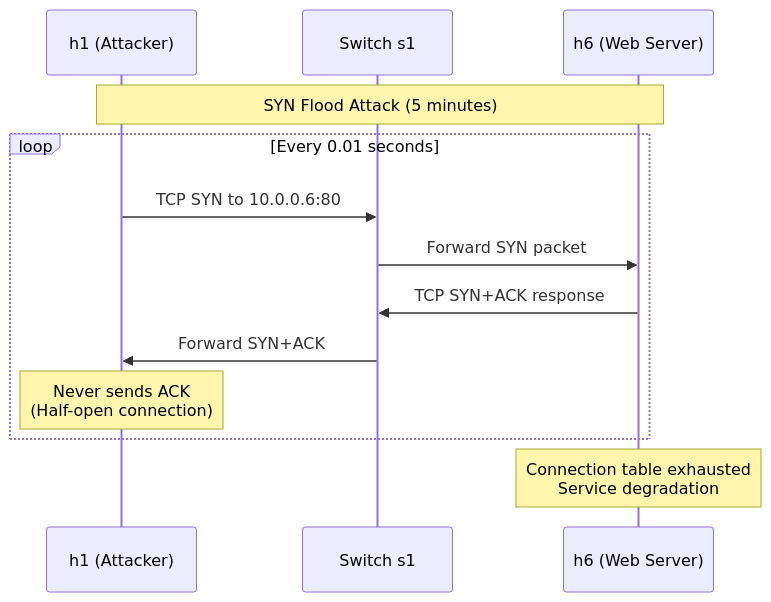
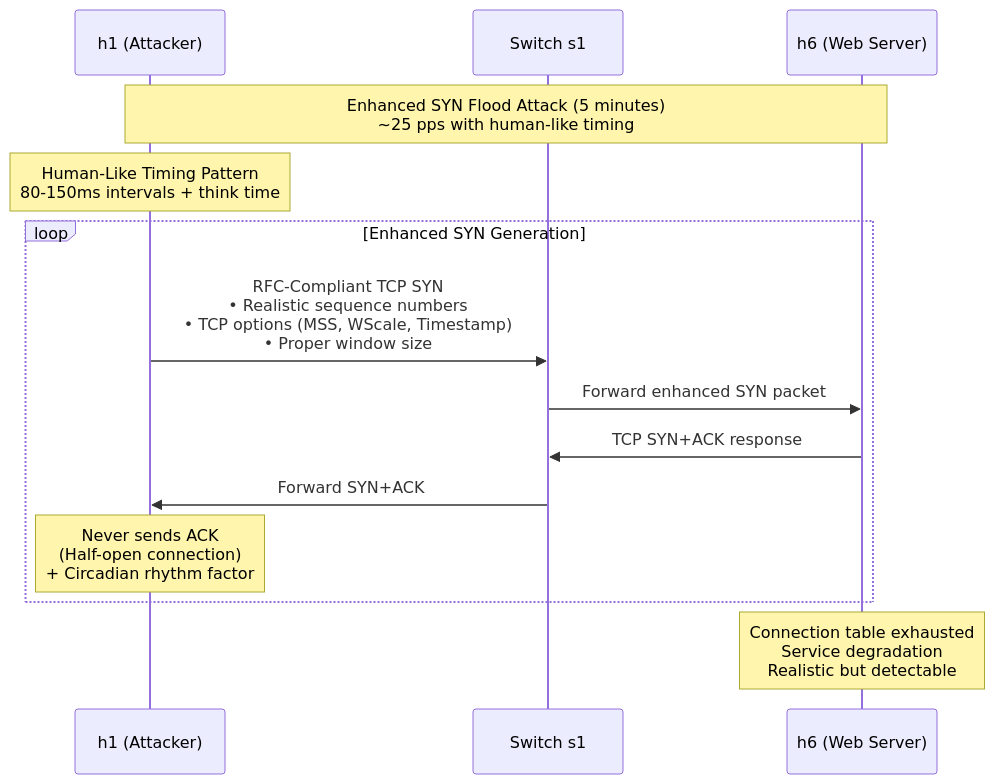
The fifth of 21 diagrams in docs/scenario.md (nqmn/adddosdn), drawn with Mermaid before and after one commit. The commit also changed other lines of this file, not shown here.

````diff
--- a/docs/scenario.md
+++ b/docs/scenario.md
@@ -105,18 +137,20 @@
 ```mermaid
 sequenceDiagram
     participant h1 as h1 (Attacker)
     participant s1 as Switch s1
     participant h6 as h6 (Web Server)
     
-    Note over h1,h6: SYN Flood Attack (5 minutes)
+    Note over h1,h6: Enhanced SYN Flood Attack (5 minutes)<br/>~25 pps with human-like timing
     
-    loop Every 0.01 seconds
-        h1->>s1: TCP SYN to 10.0.0.6:80
-        s1->>h6: Forward SYN packet
+    Note over h1: Human-Like Timing Pattern<br/>80-150ms intervals + think time
+    
+    loop Enhanced SYN Generation
+        h1->>s1: RFC-Compliant TCP SYN<br/>• Realistic sequence numbers<br/>• TCP options (MSS, WScale, Timestamp)<br/>• Proper window size
+        s1->>h6: Forward enhanced SYN packet
         h6->>s1: TCP SYN+ACK response
         s1->>h1: Forward SYN+ACK
-        Note over h1: Never sends ACK<br/>(Half-open connection)
+        Note over h1: Never sends ACK<br/>(Half-open connection)<br/>+ Circadian rhythm factor
     end
     
-    Note over h6: Connection table exhausted<br/>Service degradation
+    Note over h6: Connection table exhausted<br/>Service degradation<br/>Realistic but detectable
 ```
````
